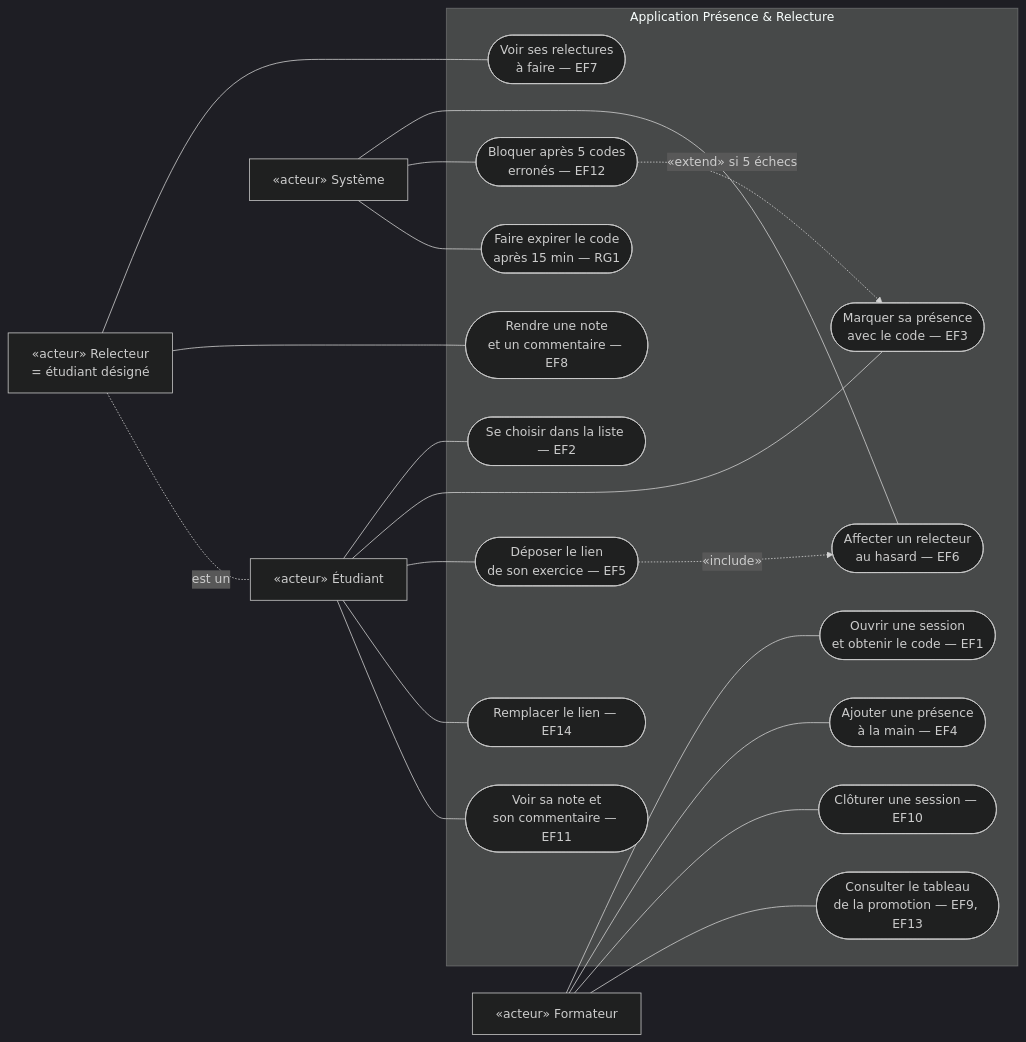
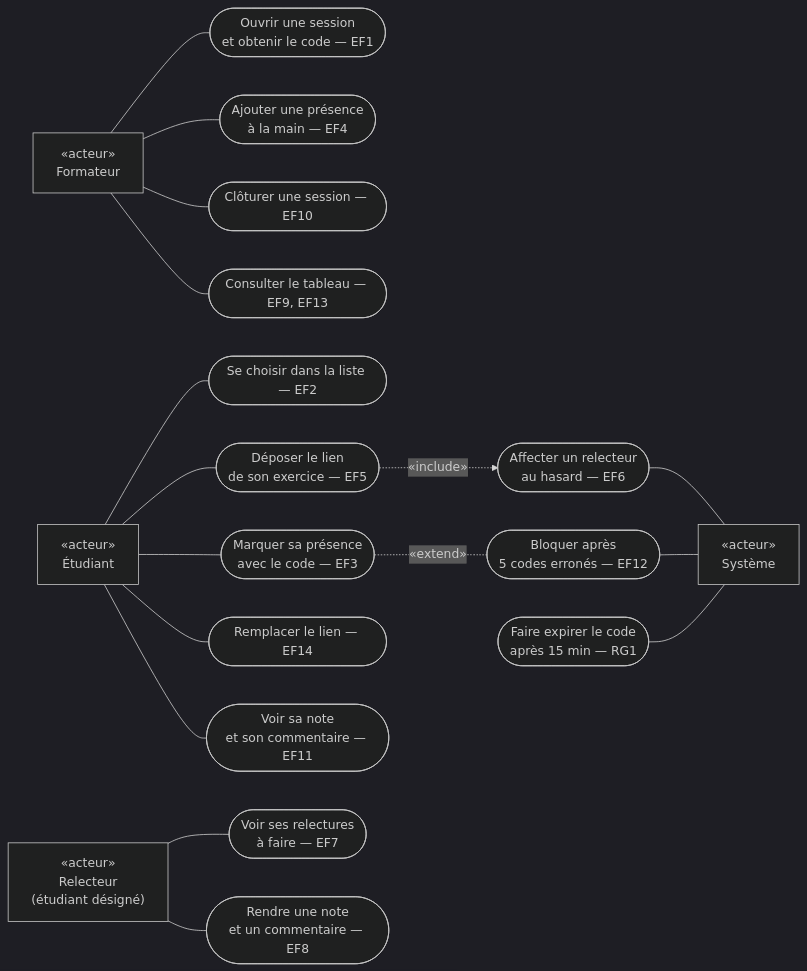
One commit to jacquessiyou4/kfokam48-epreuve-KF48-YAO-252 changed the diagram in docs/diagrammes/D1_cas_utilisation.md. Above: the diagram before and after it, drawn with Mermaid (dark theme). The commit also changed other lines of this file, not shown here.

Commit message:
docs(diagrammes): réorganise D1 pour la lisibilité — acteurs humains à gauche, Système à droite, sans croisement

````diff
--- a/docs/diagrammes/D1_cas_utilisation.md
+++ b/docs/diagrammes/D1_cas_utilisation.md
@@ -5,43 +5,39 @@
 ```mermaid
 flowchart LR
-    F["«acteur» Formateur"]
-    E["«acteur» Étudiant"]
-    R["«acteur» Relecteur<br/>= étudiant désigné"]
-    S["«acteur» Système"]
+    F["«acteur»<br/>Formateur"]
+    E["«acteur»<br/>Étudiant"]
+    R["«acteur»<br/>Relecteur<br/>(étudiant désigné)"]
+    S["«acteur»<br/>Système"]
 
-    subgraph APP["Application Présence & Relecture"]
         UC1(["Ouvrir une session<br/>et obtenir le code — EF1"])
         UC2(["Ajouter une présence<br/>à la main — EF4"])
         UC3(["Clôturer une session — EF10"])
-        UC4(["Consulter le tableau<br/>de la promotion — EF9, EF13"])
+        UC4(["Consulter le tableau — EF9, EF13"])
         UC5(["Se choisir dans la liste — EF2"])
         UC6(["Marquer sa présence<br/>avec le code — EF3"])
         UC7(["Déposer le lien<br/>de son exercice — EF5"])
         UC8(["Remplacer le lien — EF14"])
-        UC9(["Voir sa note et<br/>son commentaire — EF11"])
+        UC9(["Voir sa note<br/>et son commentaire — EF11"])
         UC10(["Voir ses relectures<br/>à faire — EF7"])
         UC11(["Rendre une note<br/>et un commentaire — EF8"])
         UC12(["Affecter un relecteur<br/>au hasard — EF6"])
-        UC13(["Bloquer après 5 codes<br/>erronés — EF12"])
+        UC13(["Bloquer après<br/>5 codes erronés — EF12"])
         UC14(["Faire expirer le code<br/>après 15 min — RG1"])
-    end
 
     F --- UC1
     F --- UC2
     F --- UC3
     F --- UC4
     E --- UC5
     E --- UC6
     E --- UC7
     E --- UC8
     E --- UC9
     R --- UC10
     R --- UC11
-    S --- UC12
-    S --- UC13
-    S --- UC14
-
+    UC6 -.-|«extend»| UC13
     UC7 -.->|«include»| UC12
-    UC13 -.->|«extend» si 5 échecs| UC6
-    R -.-|est un| E
+    UC12 --- S
+    UC13 --- S
+    UC14 --- S
 ```
````
